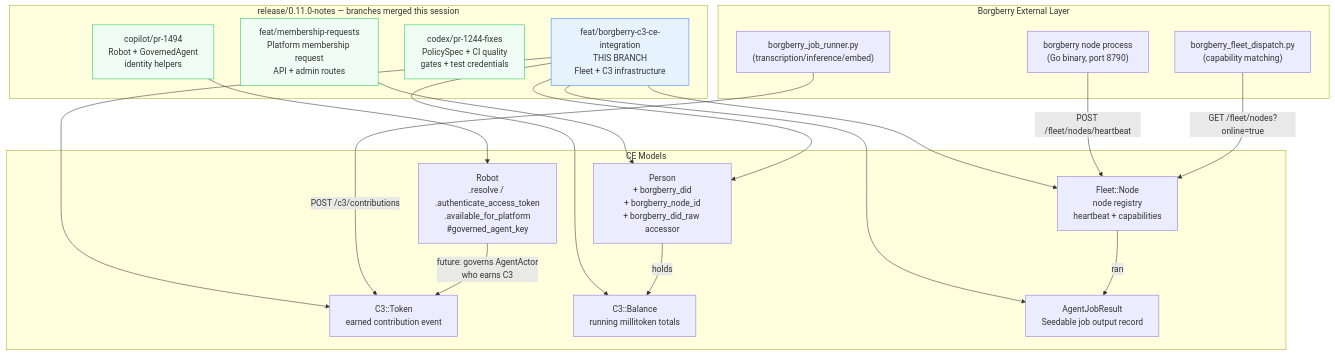
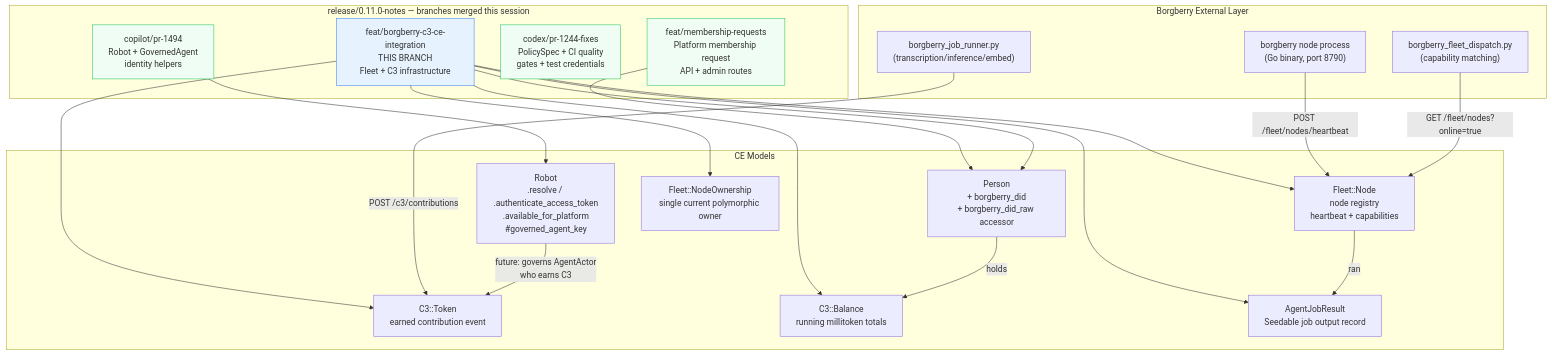
The fourth of 4 diagrams in docs/borgberry-ce-integration.md (better-together-org/community-engine-rails), drawn with Mermaid before and after one commit. The commit also changed other lines of this file and 29 other files, not shown here.

Commit message:
fix(c3): harden borgberry ownership and settlement flows

````diff
--- a/docs/borgberry-ce-integration.md
+++ b/docs/borgberry-ce-integration.md
@@ -212,44 +235,46 @@
 ```mermaid
 graph TD
     subgraph "release/0.11.0-notes — branches merged this session"
         R[copilot/pr-1494<br/>Robot + GovernedAgent<br/>identity helpers]
         M[feat/membership-requests<br/>Platform membership request<br/>API + admin routes]
         Q[codex/pr-1244-fixes<br/>PolicySpec + CI quality<br/>gates + test credentials]
         B[feat/borgberry-c3-ce-integration<br/>THIS BRANCH<br/>Fleet + C3 infrastructure]
     end
 
     subgraph "CE Models"
-        Person["Person\n+ borgberry_did\n+ borgberry_node_id\n+ borgberry_did_raw accessor"]
+        Person["Person\n+ borgberry_did\n+ borgberry_did_raw accessor"]
         Robot["Robot\n.resolve / .authenticate_access_token\n.available_for_platform\n#governed_agent_key"]
         FleetNode["Fleet::Node\nnode registry\nheartbeat + capabilities"]
+        FleetNodeOwnership["Fleet::NodeOwnership\nsingle current polymorphic owner"]
         C3Token["C3::Token\nearned contribution event"]
         C3Balance["C3::Balance\nrunning millitoken totals"]
         AgentJobResult["AgentJobResult\nSeedable job output record"]
     end
 
     subgraph "Borgberry External Layer"
         NodeProcess["borgberry node process\n(Go binary, port 8790)"]
         JobRunner["borgberry_job_runner.py\n(transcription/inference/embed)"]
         FleetDispatch["borgberry_fleet_dispatch.py\n(capability matching)"]
     end
 
     R --> Robot
     M --> Person
     B --> Person
     B --> FleetNode
+    B --> FleetNodeOwnership
     B --> C3Token
     B --> C3Balance
     B --> AgentJobResult
 
     NodeProcess -->|"POST /fleet/nodes/heartbeat"| FleetNode
     JobRunner -->|"POST /c3/contributions"| C3Token
     FleetDispatch -->|"GET /fleet/nodes?online=true"| FleetNode
     Robot -->|"future: governs AgentActor\nwho earns C3"| C3Token
     Person -->|"holds"| C3Balance
     FleetNode -->|"ran"| AgentJobResult
 
     style B fill:#e6f3ff,stroke:#3b82f6
     style R fill:#f0fdf4,stroke:#22c55e
     style M fill:#f0fdf4,stroke:#22c55e
     style Q fill:#f0fdf4,stroke:#22c55e
 ```
````
